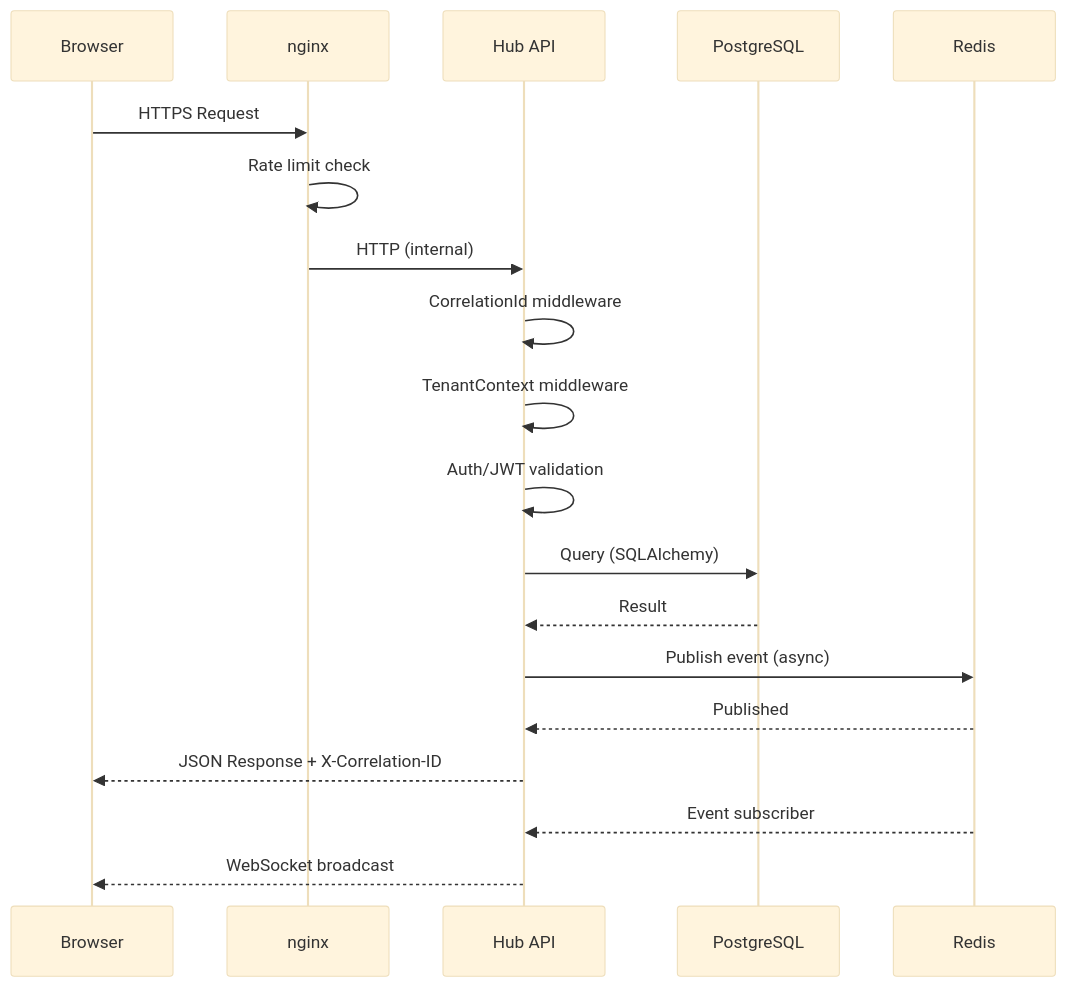
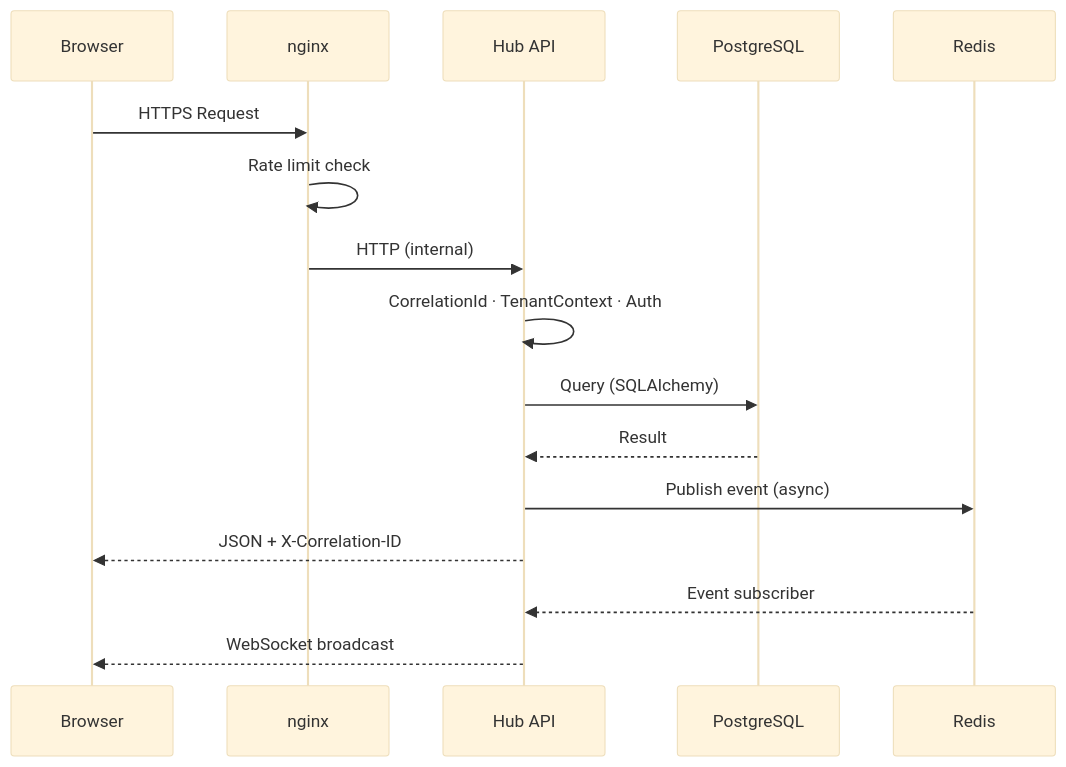
The second of 3 diagrams in docs/architecture/system-overview.md (sanjayrkshetty/presales-hub), drawn with Mermaid (base theme) before and after one commit. The commit also changed other lines of this file and 7 other files, not shown here.

First line of the commit message:
docs: align architecture with G1 draft graph and Post-G1 reality

````diff
--- a/docs/architecture/system-overview.md
+++ b/docs/architecture/system-overview.md
@@ -70,22 +73,19 @@
 ```mermaid
 sequenceDiagram
     participant B as Browser
     participant N as nginx
     participant A as Hub API
     participant DB as PostgreSQL
     participant R as Redis
 
     B->>N: HTTPS Request
     N->>N: Rate limit check
     N->>A: HTTP (internal)
-    A->>A: CorrelationId middleware
-    A->>A: TenantContext middleware
-    A->>A: Auth/JWT validation
+    A->>A: CorrelationId · TenantContext · Auth
     A->>DB: Query (SQLAlchemy)
     DB-->>A: Result
     A->>R: Publish event (async)
-    R-->>A: Published
-    A-->>B: JSON Response + X-Correlation-ID
+    A-->>B: JSON + X-Correlation-ID
     R-->>A: Event subscriber
     A-->>B: WebSocket broadcast
 ```
````
